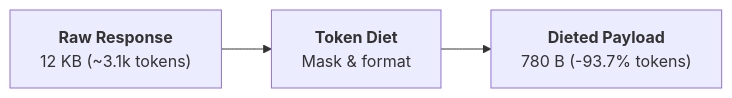
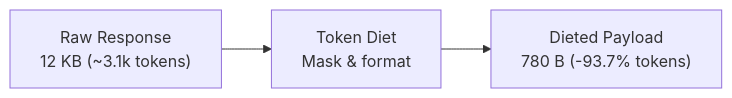
One commit to BraveRam/postmcp changed the diagram in packages/studio/content/docs/studio/diet-curator.mdx. Above: the diagram before and after it, drawn with Mermaid. The commit also changed 12 other files, not shown here.

Commit message:
docs(mermaid): fix edge statement grammar and scrub obsolete preset references across documentation

````diff
--- a/packages/studio/content/docs/studio/diet-curator.mdx
+++ b/packages/studio/content/docs/studio/diet-curator.mdx
@@ -10,6 +10,5 @@
 ```mermaid
 flowchart LR
-  Raw["<b>Raw Response</b><br/>12 KB (~3.1k tokens)"]
-  --> Diet["<b>Token Diet</b><br/>Mask & format"]
-  --> Clean["<b>Dieted Payload</b><br/>780 B (-93.7% tokens)"]
+  Raw["Raw Response<br/>12 KB (~3.1k tokens)"] --> Diet["Token Diet<br/>Mask & format"]
+  Diet --> Clean["Dieted Payload<br/>780 B (-93.7% tokens)"]
 ```
````
